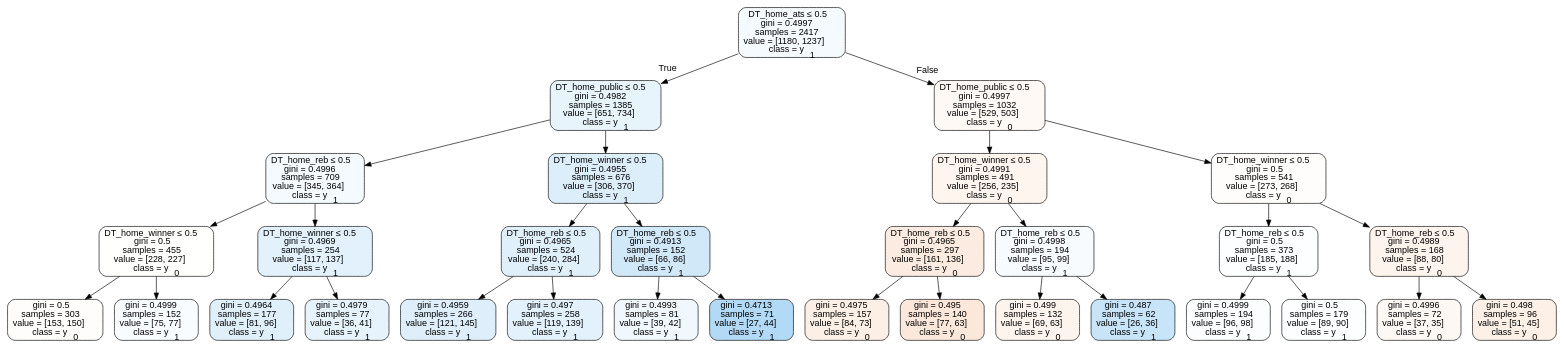
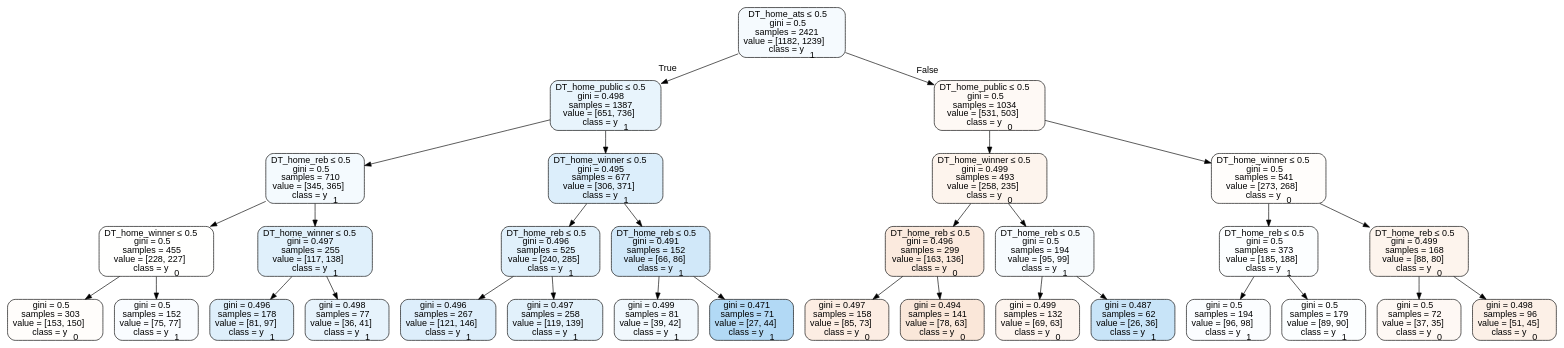
Before and after one commit to usbogie/ncaa-bets: the diagram in Basketball/data/trees/tree2012neutral.dot, drawn with Graphviz. The commit also changed 26 other files, not shown here.

```diff
--- a/Basketball/data/trees/tree2012neutral.dot
+++ b/Basketball/data/trees/tree2012neutral.dot
@@ -1,65 +1,65 @@
 digraph Tree {
 node [shape=box, style="filled, rounded", color="black", fontname=helvetica] ;
 edge [fontname=helvetica] ;
-0 [label=<DT_home_ats &le; 0.5<br/>gini = 0.4997<br/>samples = 2417<br/>value = [1180, 1237]<br/>class = y<SUB>1</SUB>>, fillcolor="#399de50c"] ;
-1 [label=<DT_home_public &le; 0.5<br/>gini = 0.4982<br/>samples = 1385<br/>value = [651, 734]<br/>class = y<SUB>1</SUB>>, fillcolor="#399de51d"] ;
+0 [label=<DT_home_ats &le; 0.5<br/>gini = 0.5<br/>samples = 2421<br/>value = [1182, 1239]<br/>class = y<SUB>1</SUB>>, fillcolor="#399de50c"] ;
+1 [label=<DT_home_public &le; 0.5<br/>gini = 0.498<br/>samples = 1387<br/>value = [651, 736]<br/>class = y<SUB>1</SUB>>, fillcolor="#399de51d"] ;
 0 -> 1 [labeldistance=2.5, labelangle=45, headlabel="True"] ;
-2 [label=<DT_home_reb &le; 0.5<br/>gini = 0.4996<br/>samples = 709<br/>value = [345, 364]<br/>class = y<SUB>1</SUB>>, fillcolor="#399de50d"] ;
+2 [label=<DT_home_reb &le; 0.5<br/>gini = 0.5<br/>samples = 710<br/>value = [345, 365]<br/>class = y<SUB>1</SUB>>, fillcolor="#399de50e"] ;
 1 -> 2 ;
 3 [label=<DT_home_winner &le; 0.5<br/>gini = 0.5<br/>samples = 455<br/>value = [228, 227]<br/>class = y<SUB>0</SUB>>, fillcolor="#e5813901"] ;
 2 -> 3 ;
 4 [label=<gini = 0.5<br/>samples = 303<br/>value = [153, 150]<br/>class = y<SUB>0</SUB>>, fillcolor="#e5813905"] ;
 3 -> 4 ;
-5 [label=<gini = 0.4999<br/>samples = 152<br/>value = [75, 77]<br/>class = y<SUB>1</SUB>>, fillcolor="#399de507"] ;
+5 [label=<gini = 0.5<br/>samples = 152<br/>value = [75, 77]<br/>class = y<SUB>1</SUB>>, fillcolor="#399de507"] ;
 3 -> 5 ;
-6 [label=<DT_home_winner &le; 0.5<br/>gini = 0.4969<br/>samples = 254<br/>value = [117, 137]<br/>class = y<SUB>1</SUB>>, fillcolor="#399de525"] ;
+6 [label=<DT_home_winner &le; 0.5<br/>gini = 0.497<br/>samples = 255<br/>value = [117, 138]<br/>class = y<SUB>1</SUB>>, fillcolor="#399de527"] ;
 2 -> 6 ;
-7 [label=<gini = 0.4964<br/>samples = 177<br/>value = [81, 96]<br/>class = y<SUB>1</SUB>>, fillcolor="#399de528"] ;
+7 [label=<gini = 0.496<br/>samples = 178<br/>value = [81, 97]<br/>class = y<SUB>1</SUB>>, fillcolor="#399de52a"] ;
 6 -> 7 ;
-8 [label=<gini = 0.4979<br/>samples = 77<br/>value = [36, 41]<br/>class = y<SUB>1</SUB>>, fillcolor="#399de51f"] ;
+8 [label=<gini = 0.498<br/>samples = 77<br/>value = [36, 41]<br/>class = y<SUB>1</SUB>>, fillcolor="#399de51f"] ;
 6 -> 8 ;
-9 [label=<DT_home_winner &le; 0.5<br/>gini = 0.4955<br/>samples = 676<br/>value = [306, 370]<br/>class = y<SUB>1</SUB>>, fillcolor="#399de52c"] ;
+9 [label=<DT_home_winner &le; 0.5<br/>gini = 0.495<br/>samples = 677<br/>value = [306, 371]<br/>class = y<SUB>1</SUB>>, fillcolor="#399de52d"] ;
 1 -> 9 ;
-10 [label=<DT_home_reb &le; 0.5<br/>gini = 0.4965<br/>samples = 524<br/>value = [240, 284]<br/>class = y<SUB>1</SUB>>, fillcolor="#399de528"] ;
+10 [label=<DT_home_reb &le; 0.5<br/>gini = 0.496<br/>samples = 525<br/>value = [240, 285]<br/>class = y<SUB>1</SUB>>, fillcolor="#399de528"] ;
 9 -> 10 ;
-11 [label=<gini = 0.4959<br/>samples = 266<br/>value = [121, 145]<br/>class = y<SUB>1</SUB>>, fillcolor="#399de52a"] ;
+11 [label=<gini = 0.496<br/>samples = 267<br/>value = [121, 146]<br/>class = y<SUB>1</SUB>>, fillcolor="#399de52c"] ;
 10 -> 11 ;
 12 [label=<gini = 0.497<br/>samples = 258<br/>value = [119, 139]<br/>class = y<SUB>1</SUB>>, fillcolor="#399de525"] ;
 10 -> 12 ;
-13 [label=<DT_home_reb &le; 0.5<br/>gini = 0.4913<br/>samples = 152<br/>value = [66, 86]<br/>class = y<SUB>1</SUB>>, fillcolor="#399de53b"] ;
+13 [label=<DT_home_reb &le; 0.5<br/>gini = 0.491<br/>samples = 152<br/>value = [66, 86]<br/>class = y<SUB>1</SUB>>, fillcolor="#399de53b"] ;
 9 -> 13 ;
-14 [label=<gini = 0.4993<br/>samples = 81<br/>value = [39, 42]<br/>class = y<SUB>1</SUB>>, fillcolor="#399de512"] ;
+14 [label=<gini = 0.499<br/>samples = 81<br/>value = [39, 42]<br/>class = y<SUB>1</SUB>>, fillcolor="#399de512"] ;
 13 -> 14 ;
-15 [label=<gini = 0.4713<br/>samples = 71<br/>value = [27, 44]<br/>class = y<SUB>1</SUB>>, fillcolor="#399de563"] ;
+15 [label=<gini = 0.471<br/>samples = 71<br/>value = [27, 44]<br/>class = y<SUB>1</SUB>>, fillcolor="#399de563"] ;
 13 -> 15 ;
-16 [label=<DT_home_public &le; 0.5<br/>gini = 0.4997<br/>samples = 1032<br/>value = [529, 503]<br/>class = y<SUB>0</SUB>>, fillcolor="#e581390d"] ;
+16 [label=<DT_home_public &le; 0.5<br/>gini = 0.5<br/>samples = 1034<br/>value = [531, 503]<br/>class = y<SUB>0</SUB>>, fillcolor="#e581390d"] ;
 0 -> 16 [labeldistance=2.5, labelangle=-45, headlabel="False"] ;
-17 [label=<DT_home_winner &le; 0.5<br/>gini = 0.4991<br/>samples = 491<br/>value = [256, 235]<br/>class = y<SUB>0</SUB>>, fillcolor="#e5813915"] ;
+17 [label=<DT_home_winner &le; 0.5<br/>gini = 0.499<br/>samples = 493<br/>value = [258, 235]<br/>class = y<SUB>0</SUB>>, fillcolor="#e5813917"] ;
 16 -> 17 ;
-18 [label=<DT_home_reb &le; 0.5<br/>gini = 0.4965<br/>samples = 297<br/>value = [161, 136]<br/>class = y<SUB>0</SUB>>, fillcolor="#e5813928"] ;
+18 [label=<DT_home_reb &le; 0.5<br/>gini = 0.496<br/>samples = 299<br/>value = [163, 136]<br/>class = y<SUB>0</SUB>>, fillcolor="#e581392a"] ;
 17 -> 18 ;
-19 [label=<gini = 0.4975<br/>samples = 157<br/>value = [84, 73]<br/>class = y<SUB>0</SUB>>, fillcolor="#e5813921"] ;
+19 [label=<gini = 0.497<br/>samples = 158<br/>value = [85, 73]<br/>class = y<SUB>0</SUB>>, fillcolor="#e5813924"] ;
 18 -> 19 ;
-20 [label=<gini = 0.495<br/>samples = 140<br/>value = [77, 63]<br/>class = y<SUB>0</SUB>>, fillcolor="#e581392e"] ;
+20 [label=<gini = 0.494<br/>samples = 141<br/>value = [78, 63]<br/>class = y<SUB>0</SUB>>, fillcolor="#e5813931"] ;
 18 -> 20 ;
-21 [label=<DT_home_reb &le; 0.5<br/>gini = 0.4998<br/>samples = 194<br/>value = [95, 99]<br/>class = y<SUB>1</SUB>>, fillcolor="#399de50a"] ;
+21 [label=<DT_home_reb &le; 0.5<br/>gini = 0.5<br/>samples = 194<br/>value = [95, 99]<br/>class = y<SUB>1</SUB>>, fillcolor="#399de50a"] ;
 17 -> 21 ;
 22 [label=<gini = 0.499<br/>samples = 132<br/>value = [69, 63]<br/>class = y<SUB>0</SUB>>, fillcolor="#e5813916"] ;
 21 -> 22 ;
 23 [label=<gini = 0.487<br/>samples = 62<br/>value = [26, 36]<br/>class = y<SUB>1</SUB>>, fillcolor="#399de547"] ;
 21 -> 23 ;
 24 [label=<DT_home_winner &le; 0.5<br/>gini = 0.5<br/>samples = 541<br/>value = [273, 268]<br/>class = y<SUB>0</SUB>>, fillcolor="#e5813905"] ;
 16 -> 24 ;
 25 [label=<DT_home_reb &le; 0.5<br/>gini = 0.5<br/>samples = 373<br/>value = [185, 188]<br/>class = y<SUB>1</SUB>>, fillcolor="#399de504"] ;
 24 -> 25 ;
-26 [label=<gini = 0.4999<br/>samples = 194<br/>value = [96, 98]<br/>class = y<SUB>1</SUB>>, fillcolor="#399de505"] ;
+26 [label=<gini = 0.5<br/>samples = 194<br/>value = [96, 98]<br/>class = y<SUB>1</SUB>>, fillcolor="#399de505"] ;
 25 -> 26 ;
 27 [label=<gini = 0.5<br/>samples = 179<br/>value = [89, 90]<br/>class = y<SUB>1</SUB>>, fillcolor="#399de503"] ;
 25 -> 27 ;
-28 [label=<DT_home_reb &le; 0.5<br/>gini = 0.4989<br/>samples = 168<br/>value = [88, 80]<br/>class = y<SUB>0</SUB>>, fillcolor="#e5813917"] ;
+28 [label=<DT_home_reb &le; 0.5<br/>gini = 0.499<br/>samples = 168<br/>value = [88, 80]<br/>class = y<SUB>0</SUB>>, fillcolor="#e5813917"] ;
 24 -> 28 ;
-29 [label=<gini = 0.4996<br/>samples = 72<br/>value = [37, 35]<br/>class = y<SUB>0</SUB>>, fillcolor="#e581390e"] ;
+29 [label=<gini = 0.5<br/>samples = 72<br/>value = [37, 35]<br/>class = y<SUB>0</SUB>>, fillcolor="#e581390e"] ;
 28 -> 29 ;
 30 [label=<gini = 0.498<br/>samples = 96<br/>value = [51, 45]<br/>class = y<SUB>0</SUB>>, fillcolor="#e581391e"] ;
 28 -> 30 ;
 }
```
